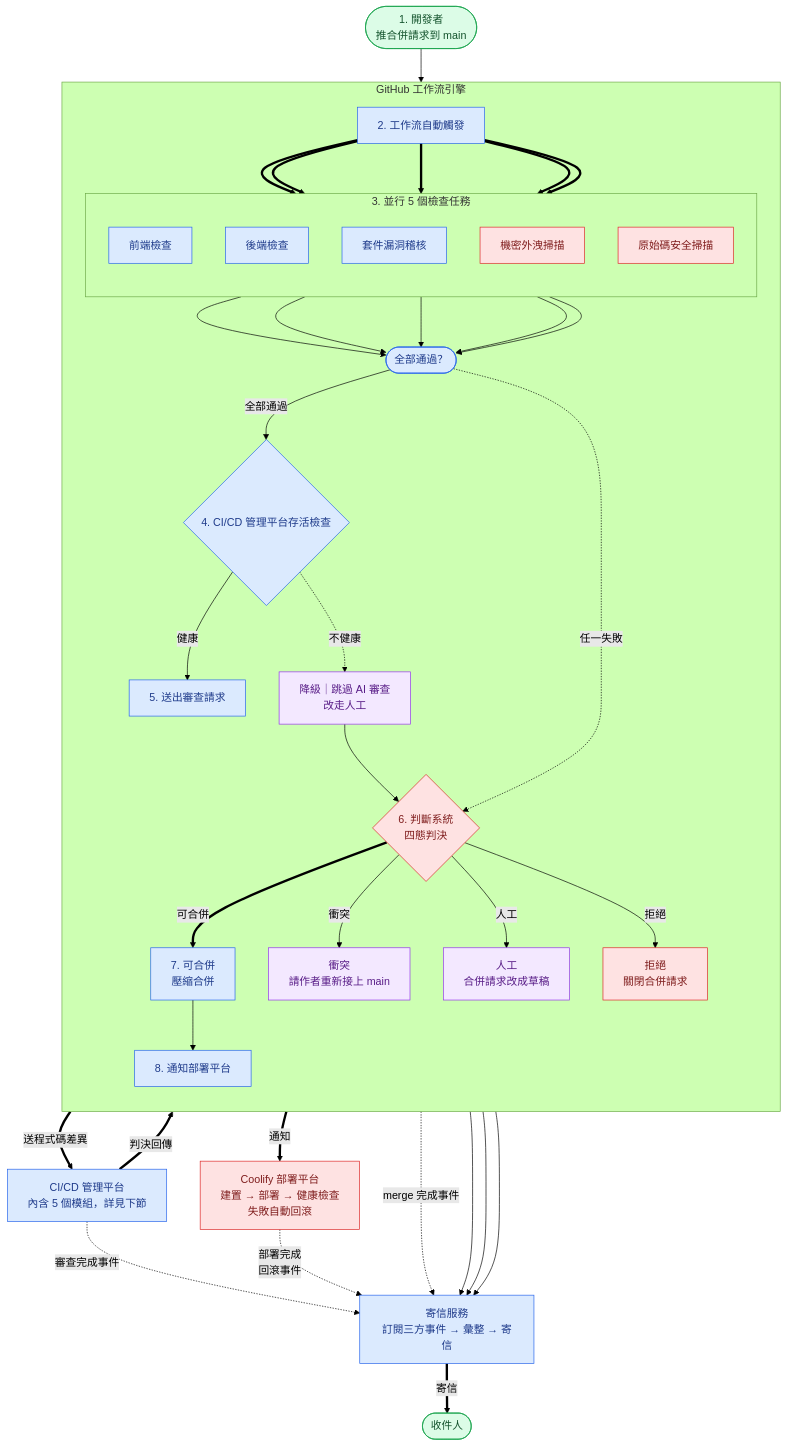
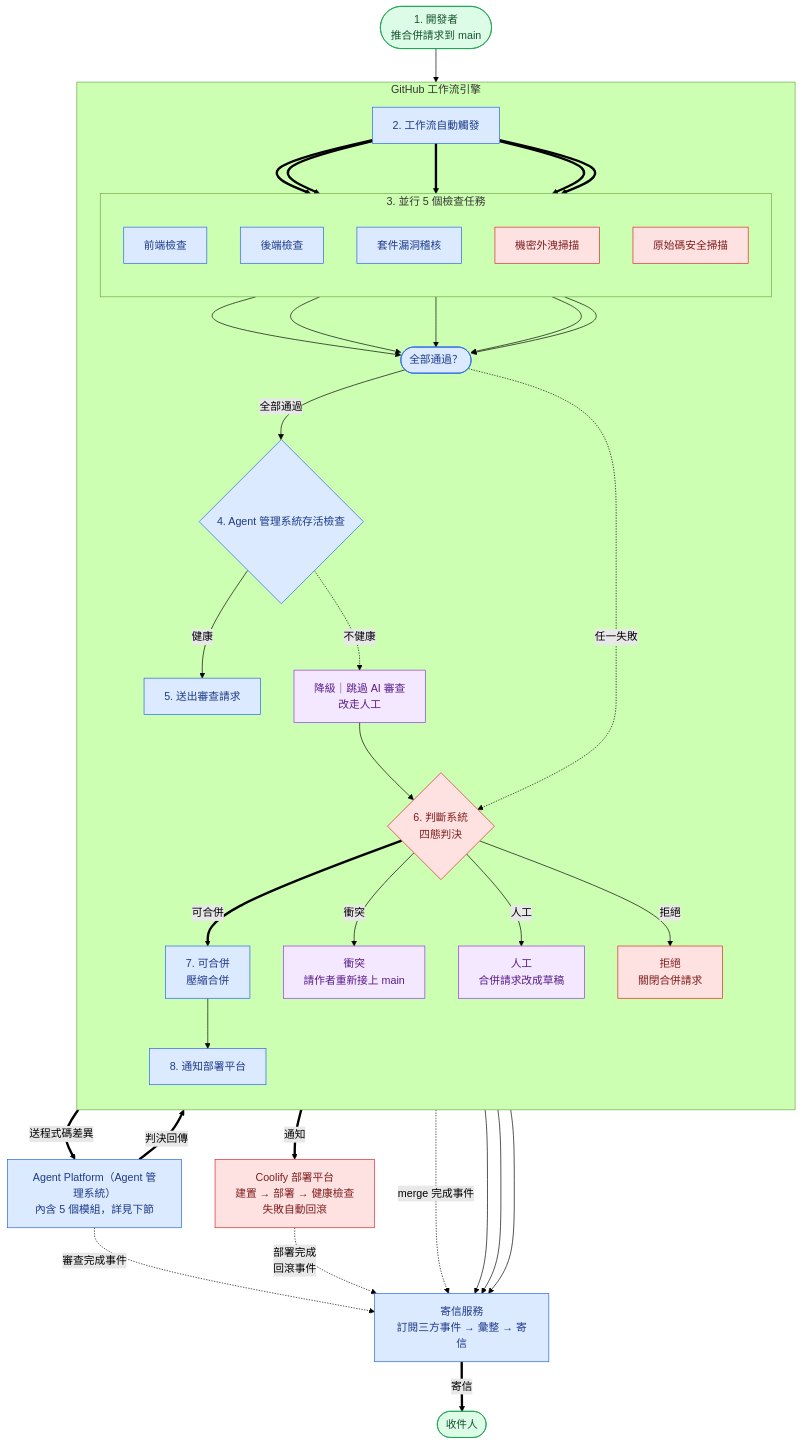
The first of 4 diagrams in Architecture/Auto-CI-CD/workflow-v1.1/workflow-v1.1.md (Jiaye-DF/AI-Spec), drawn with Mermaid (forest theme) before and after one commit. The commit also changed other lines of this file and 3 other files, not shown here.

First line of the commit message:
(AI) Docs: process-design-v1.1 重寫為 step-by-step + Input/Output 焦點版,命名統一 Agent Platform → CI-CD Platform

````diff
--- a/Architecture/Auto-CI-CD/workflow-v1.1/workflow-v1.1.md
+++ b/Architecture/Auto-CI-CD/workflow-v1.1/workflow-v1.1.md
@@ -16,71 +16,71 @@
 ```mermaid
 %%{init: {'flowchart': {'htmlLabels': true, 'curve': 'basis'}} }%%
 flowchart TB
   Dev([1. 開發者<br>推合併請求到 main]):::user
 
   subgraph GH[GitHub 工作流引擎]
     direction TB
     Trigger[2. 工作流自動觸發]:::it
     subgraph CI[3. 並行 5 個檢查任務]
       direction TB
       JFront[前端檢查]:::it
       JBack[後端檢查]:::it
       JAudit[套件漏洞稽核]:::it
       JSec[機密外洩掃描]:::critical
       JSecsc[原始碼安全掃描]:::critical
     end
     Fanin([全部通過？]):::it
-    Health{4. CI/CD 管理平台存活檢查}:::it
+    Health{4. Agent 管理系統存活檢查}:::it
     Call[5. 送出審查請求]:::it
     Skip[降級｜跳過 AI 審查<br>改走人工]:::shared
     Gate{6. 判斷系統<br>四態判決}:::critical
     Merge[7. 可合併<br>壓縮合併]:::it
     Conflict[衝突<br>請作者重新接上 main]:::shared
     Manual[人工<br>合併請求改成草稿]:::shared
     Reject[拒絕<br>關閉合併請求]:::critical
     Webhook[8. 通知部署平台]:::it
   end
 
-  Dispatch[CI/CD 管理平台<br>內含 5 個模組，詳見下節]:::it
+  Dispatch[Agent Platform（Agent 管理系統）<br>內含 5 個模組，詳見下節]:::it
   Coolify[Coolify 部署平台<br>建置 → 部署 → 健康檢查<br>失敗自動回滾]:::critical
   Notifier[寄信服務<br>訂閱三方事件 → 彙整 → 寄信]:::it
   Human([收件人]):::user
 
   Dev --> Trigger
   Trigger ==> JFront
   Trigger ==> JBack
   Trigger ==> JAudit
   Trigger ==> JSec
   Trigger ==> JSecsc
   JFront --> Fanin
   JBack --> Fanin
   JAudit --> Fanin
   JSec --> Fanin
   JSecsc --> Fanin
   Fanin -->|全部通過| Health
   Fanin -.任一失敗.-> Gate
   Health -->|健康| Call
   Health -.不健康.-> Skip
   Skip --> Gate
   Call ==>|送程式碼差異| Dispatch
   Dispatch ==>|判決回傳| Gate
   Gate ==>|可合併| Merge
   Gate -->|衝突| Conflict
   Gate -->|人工| Manual
   Gate -->|拒絕| Reject
   Merge --> Webhook
   Webhook ==>|通知| Coolify
 
   Dispatch -.->|審查完成事件| Notifier
   Coolify -.->|"部署完成<br>回滾事件"| Notifier
   Merge -.->|merge 完成事件| Notifier
   Conflict --> Notifier
   Manual --> Notifier
   Reject --> Notifier
   Notifier ==>|寄信| Human
 
   classDef user fill:#dcfce7,stroke:#16a34a,color:#14532d
   classDef it fill:#dbeafe,stroke:#2563eb,color:#1e3a8a
   classDef shared fill:#f3e8ff,stroke:#9333ea,color:#581c87
   classDef critical fill:#fee2e2,stroke:#dc2626,color:#7f1d1d
 ```
````
